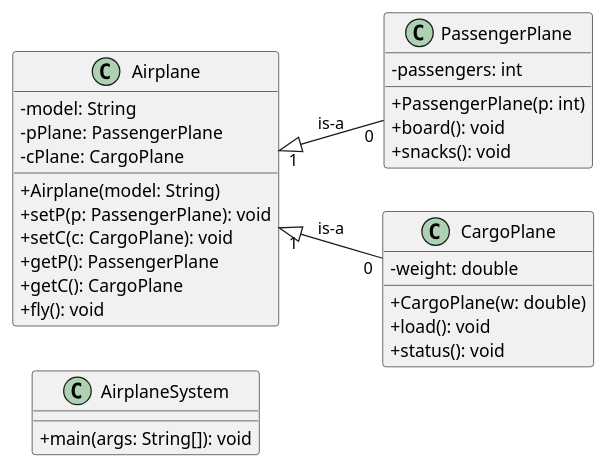
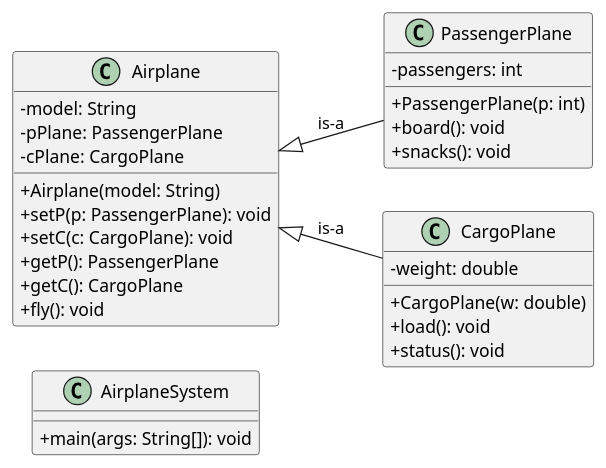
The diagram in Types of Planes/AirplaneSystemUML.puml (bellamarbellaa/Java-Object-Oriented-Programming), drawn with PlantUML before and after one commit. The commit also changed 6 other files, not shown here.

```diff
--- a/Types of Planes/AirplaneSystemUML.puml
+++ b/Types of Planes/AirplaneSystemUML.puml
@@ -1,39 +1,39 @@
 @startuml
 skinparam classAttributeIconSize 0
 left to right direction
 
 class AirplaneSystem {
     + main(args: String[]): void
 }
 
 class Airplane {
     - model: String
     - pPlane: PassengerPlane
     - cPlane: CargoPlane
     + Airplane(model: String)
     + setP(p: PassengerPlane): void
     + setC(c: CargoPlane): void
     + getP(): PassengerPlane
     + getC(): CargoPlane
     + fly(): void
 }
 
 class PassengerPlane {
     - passengers: int
     + PassengerPlane(p: int)
     + board(): void
     + snacks(): void
 }
 
 class CargoPlane {
     - weight: double
     + CargoPlane(w: double)
     + load(): void
     + status(): void
 }
 
 ' Inheritance Relationships
-Airplane "1" <|-- "0" PassengerPlane : is-a
-Airplane "1" <|-- "0" CargoPlane : is-a
+Airplane <|-- PassengerPlane : is-a
+Airplane <|-- CargoPlane : is-a
 
 @enduml
```
